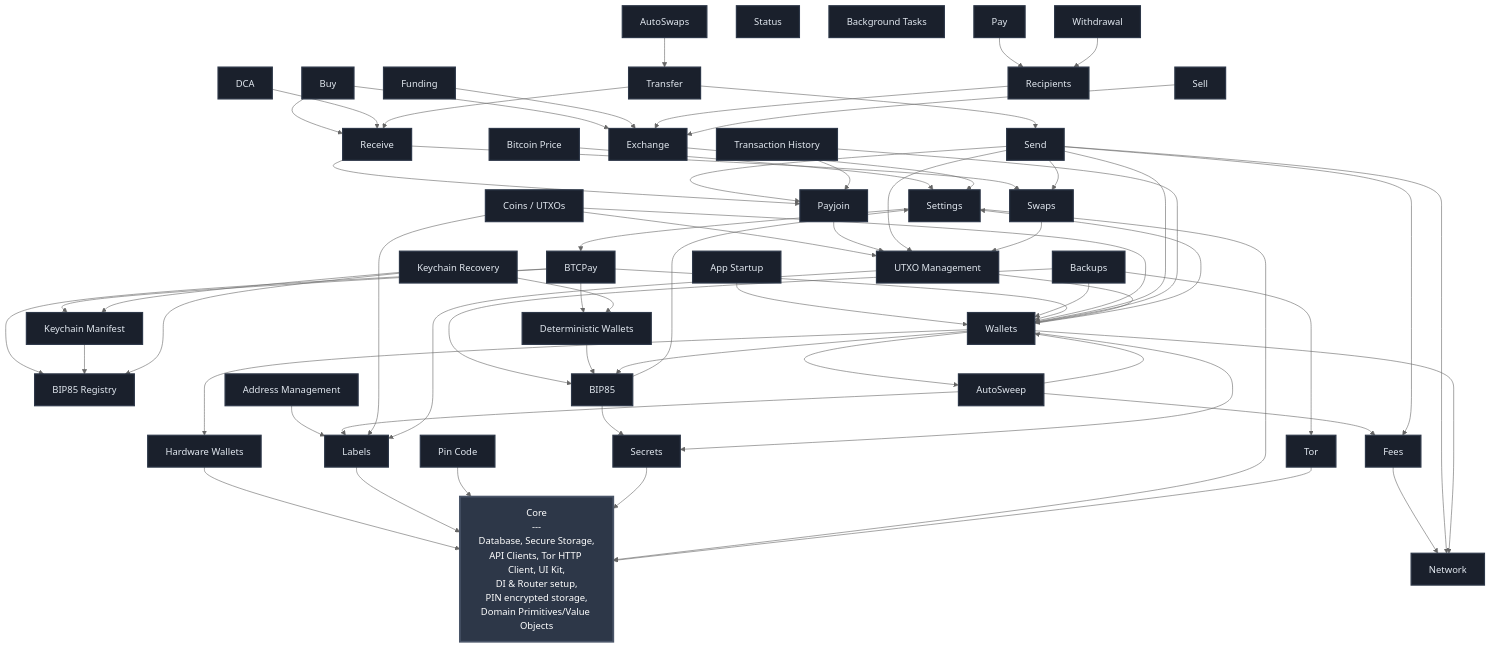
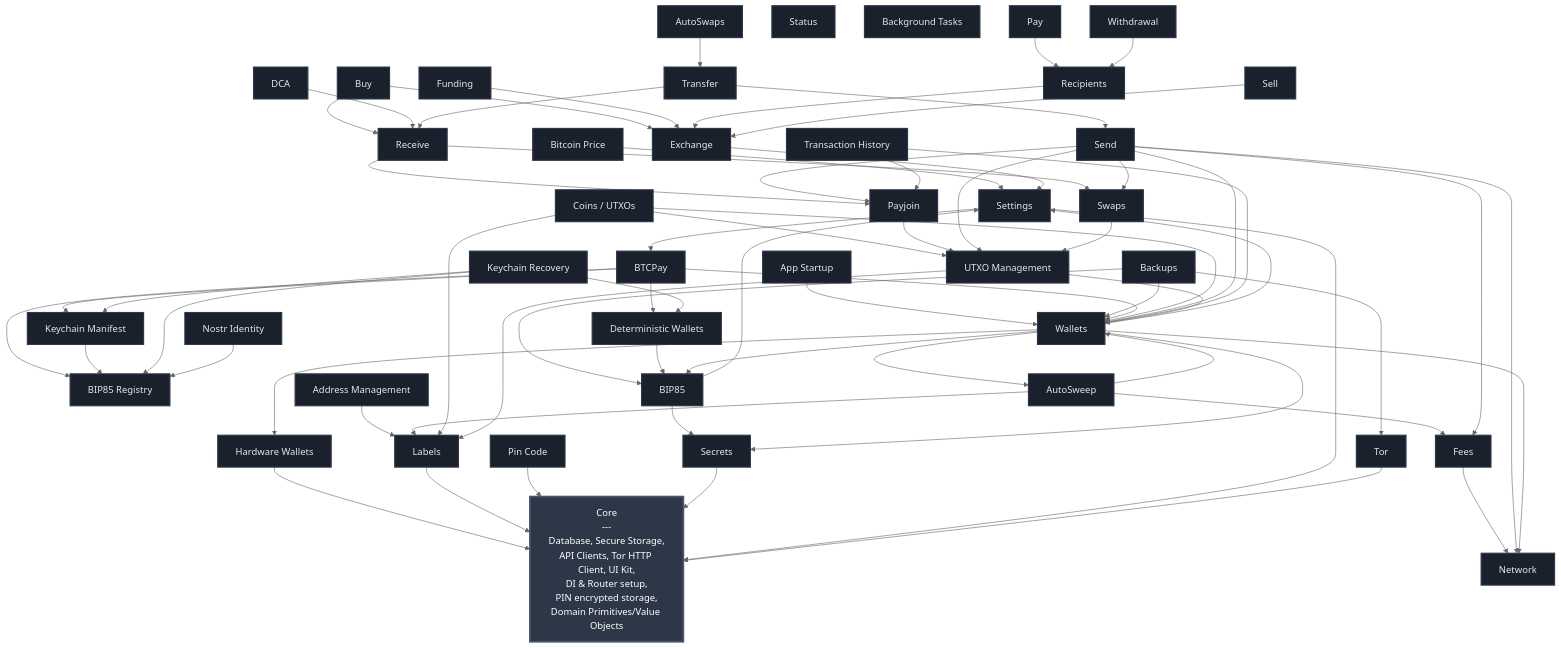
One commit to BullishNode/bullbitcoin-mobile changed the diagram in FEATURES.md. Above: the diagram before and after it, drawn with Mermaid (neutral theme). The commit also changed 9 other files, not shown here.

Commit message:
feat(nostr_identity): add reserved nostr key core

````diff
--- a/FEATURES.md
+++ b/FEATURES.md
@@ -24,6 +24,7 @@
     DETERMINISTIC_WALLETS[Deterministic Wallets]
     KEYCHAIN_MANIFEST[Keychain Manifest]
     KEYCHAIN_RECOVERY[Keychain Recovery]
+    NOSTR_IDENTITY[Nostr Identity]
     NETWORK[Network]
     BIP85[BIP85]
     FEES[Fees]
@@ -77,6 +78,7 @@
     KEYCHAIN_RECOVERY --> BIP85_REGISTRY
     KEYCHAIN_RECOVERY --> DETERMINISTIC_WALLETS
     KEYCHAIN_RECOVERY --> KEYCHAIN_MANIFEST
+    NOSTR_IDENTITY --> BIP85_REGISTRY
     BUY --> EXCHANGE
     BUY --> RECEIVE
     COINS --> UTXO_MGMT
@@ -129,4 +131,5 @@
     class SETTINGS,TOR,PIN_CODE,LABELS,SECRETS,HW_WALLETS,BTC_PRICE,BTCPAY,BIP85_REGISTRY,DETERMINISTIC_WALLETS,NETWORK,BIP85,FEES,WALLETS,EXCHANGE,APP_STARTUP,UTXO_MGMT,ADDRESS_MGMT,RECIPIENTS,FUNDING,BACKUPS,SWAPS,PAYJOIN,WITHDRAWAL,STATUS,SEND,RECEIVE,TRANSFER,TX_HISTORY,BG_TASKS,AUTOSWAPS,AUTOSWEEP,DCA,SELL,PAY,BUY featureStyle
     class SETTINGS,TOR,PIN_CODE,LABELS,SECRETS,HW_WALLETS,BTC_PRICE,BTCPAY,BIP85_REGISTRY,DETERMINISTIC_WALLETS,KEYCHAIN_MANIFEST,NETWORK,BIP85,FEES,WALLETS,EXCHANGE,APP_STARTUP,UTXO_MGMT,ADDRESS_MGMT,RECIPIENTS,FUNDING,BACKUPS,SWAPS,PAYJOIN,WITHDRAWAL,STATUS,SEND,RECEIVE,TRANSFER,TX_HISTORY,BG_TASKS,AUTOSWAPS,AUTOSWEEP,DCA,SELL,PAY,BUY featureStyle
     class SETTINGS,TOR,PIN_CODE,LABELS,SECRETS,HW_WALLETS,BTC_PRICE,BTCPAY,BIP85_REGISTRY,DETERMINISTIC_WALLETS,KEYCHAIN_MANIFEST,KEYCHAIN_RECOVERY,NETWORK,BIP85,FEES,WALLETS,EXCHANGE,APP_STARTUP,UTXO_MGMT,ADDRESS_MGMT,RECIPIENTS,FUNDING,BACKUPS,SWAPS,PAYJOIN,WITHDRAWAL,STATUS,SEND,RECEIVE,TRANSFER,TX_HISTORY,BG_TASKS,AUTOSWAPS,AUTOSWEEP,DCA,SELL,PAY,BUY featureStyle
+    class SETTINGS,TOR,PIN_CODE,LABELS,SECRETS,HW_WALLETS,BTC_PRICE,BTCPAY,BIP85_REGISTRY,DETERMINISTIC_WALLETS,KEYCHAIN_MANIFEST,KEYCHAIN_RECOVERY,NOSTR_IDENTITY,NETWORK,BIP85,FEES,WALLETS,EXCHANGE,APP_STARTUP,UTXO_MGMT,ADDRESS_MGMT,RECIPIENTS,FUNDING,BACKUPS,SWAPS,PAYJOIN,WITHDRAWAL,STATUS,SEND,RECEIVE,TRANSFER,TX_HISTORY,BG_TASKS,AUTOSWAPS,AUTOSWEEP,DCA,SELL,PAY,BUY featureStyle
 ```
````
